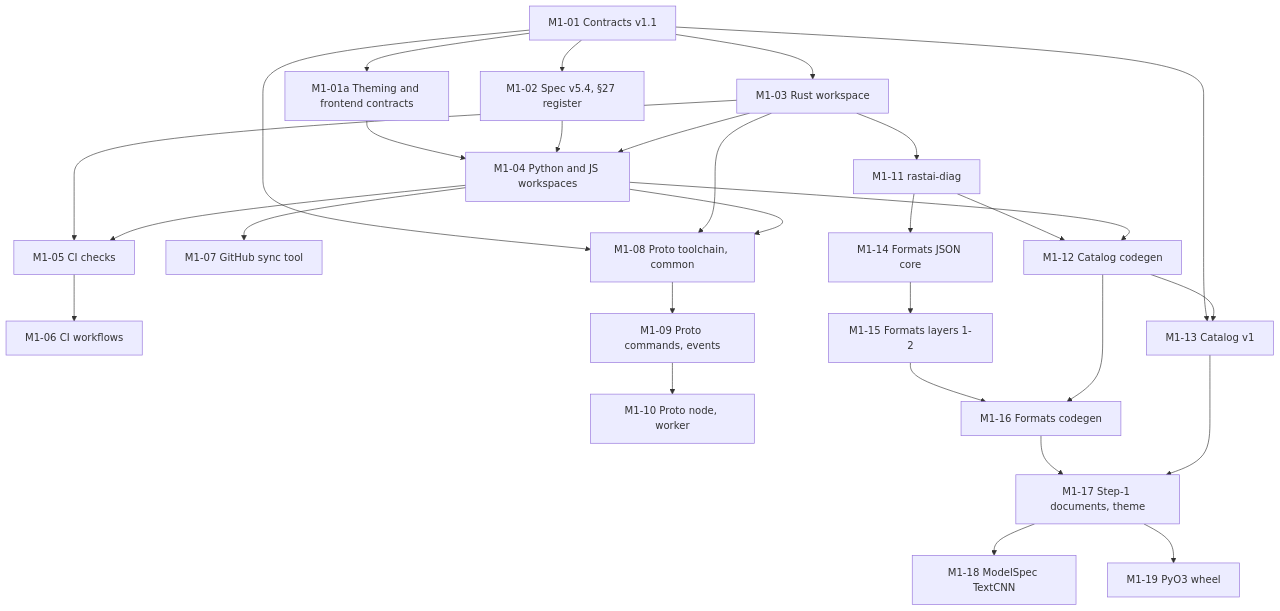
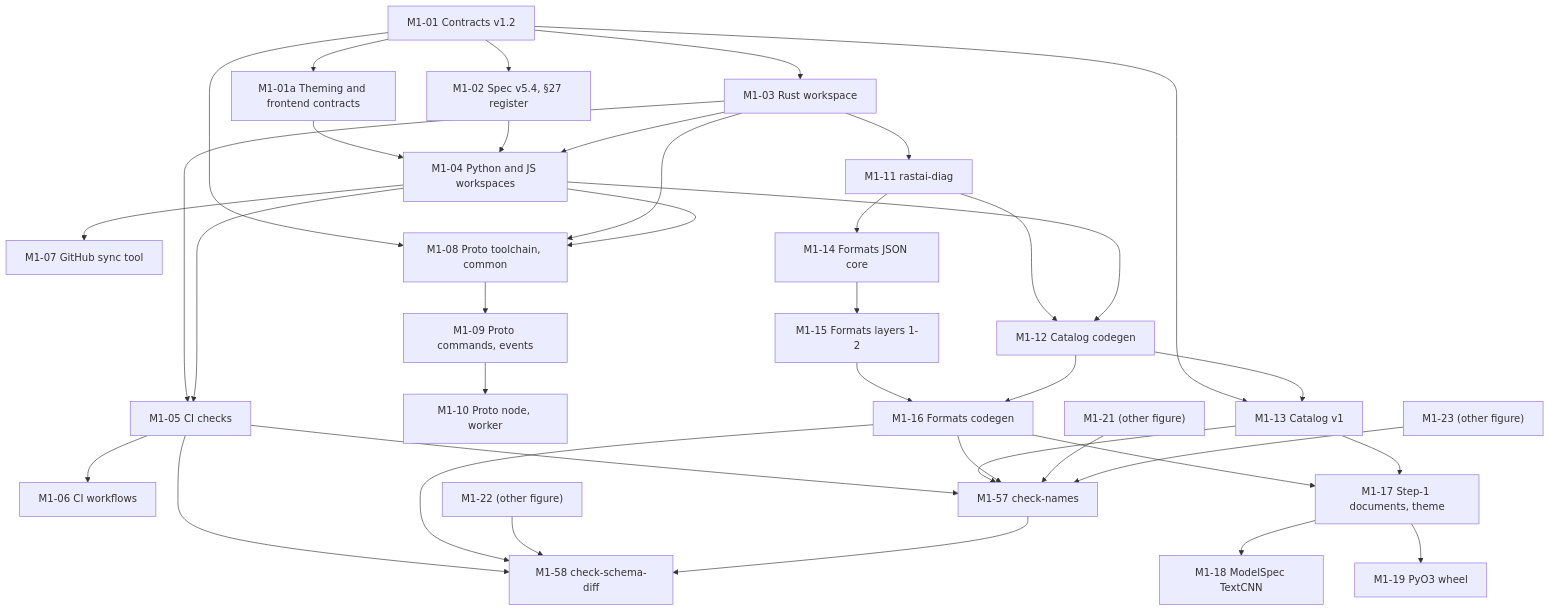
One commit to Snubiss/RASTAI-Research-Studio changed the second of 6 diagrams in docs/plan/implementation-plan.md. Above: the diagram before and after it, drawn with Mermaid. The commit also changed other lines of this file and 14 other files, not shown here.

First line of the commit message:
Add naming and schema enforcement, record owner approvals

````diff
--- a/docs/plan/implementation-plan.md
+++ b/docs/plan/implementation-plan.md
@@ -329,51 +394,65 @@
 ```mermaid
 flowchart TD
-  M1_01["M1-01 Contracts v1.1"]
+  M1_01["M1-01 Contracts v1.2"]
   M1_01a["M1-01a Theming and frontend contracts"]
   M1_02["M1-02 Spec v5.4, §27 register"]
   M1_03["M1-03 Rust workspace"]
   M1_04["M1-04 Python and JS workspaces"]
   M1_05["M1-05 CI checks"]
   M1_06["M1-06 CI workflows"]
   M1_07["M1-07 GitHub sync tool"]
   M1_08["M1-08 Proto toolchain, common"]
   M1_09["M1-09 Proto commands, events"]
   M1_10["M1-10 Proto node, worker"]
   M1_11["M1-11 rastai-diag"]
   M1_12["M1-12 Catalog codegen"]
   M1_13["M1-13 Catalog v1"]
   M1_14["M1-14 Formats JSON core"]
   M1_15["M1-15 Formats layers 1-2"]
   M1_16["M1-16 Formats codegen"]
   M1_17["M1-17 Step-1 documents, theme"]
   M1_18["M1-18 ModelSpec TextCNN"]
   M1_19["M1-19 PyO3 wheel"]
+  M1_57["M1-57 check-names"]
+  M1_58["M1-58 check-schema-diff"]
+  M1_21["M1-21 (other figure)"]
+  M1_22["M1-22 (other figure)"]
+  M1_23["M1-23 (other figure)"]
   M1_01 --> M1_01a
   M1_01 --> M1_02
   M1_01 --> M1_03
   M1_01a --> M1_04
   M1_02 --> M1_04
   M1_03 --> M1_04
   M1_03 --> M1_05
   M1_04 --> M1_05
   M1_05 --> M1_06
   M1_04 --> M1_07
   M1_01 --> M1_08
   M1_03 --> M1_08
   M1_04 --> M1_08
   M1_08 --> M1_09
   M1_09 --> M1_10
   M1_03 --> M1_11
   M1_11 --> M1_12
   M1_04 --> M1_12
   M1_01 --> M1_13
   M1_12 --> M1_13
   M1_11 --> M1_14
   M1_14 --> M1_15
   M1_15 --> M1_16
   M1_12 --> M1_16
   M1_16 --> M1_17
   M1_13 --> M1_17
   M1_17 --> M1_18
   M1_17 --> M1_19
+  M1_05 --> M1_57
+  M1_13 --> M1_57
+  M1_16 --> M1_57
+  M1_21 --> M1_57
+  M1_23 --> M1_57
+  M1_05 --> M1_58
+  M1_16 --> M1_58
+  M1_22 --> M1_58
+  M1_57 --> M1_58
 ```
````
